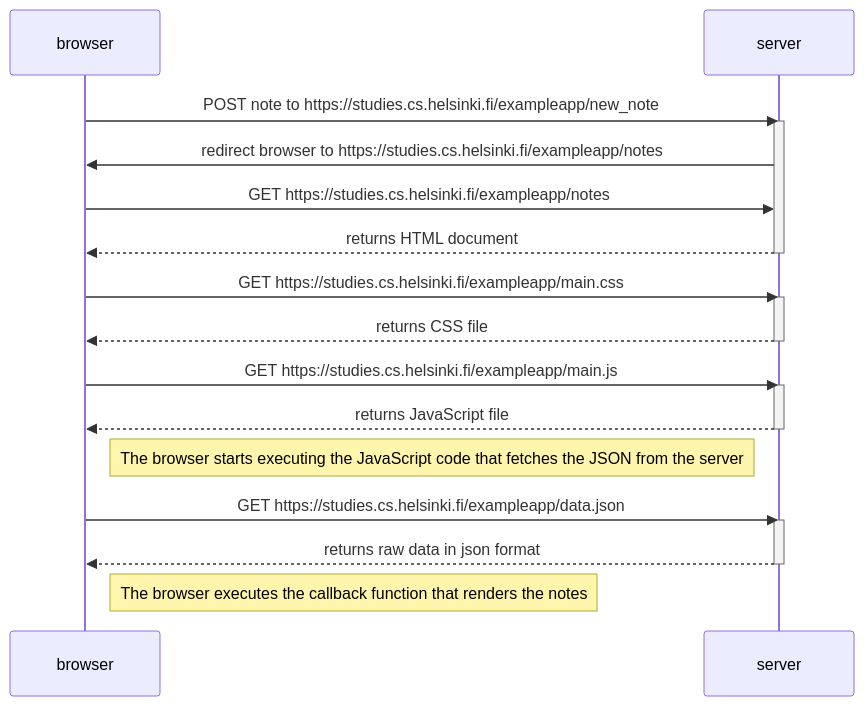
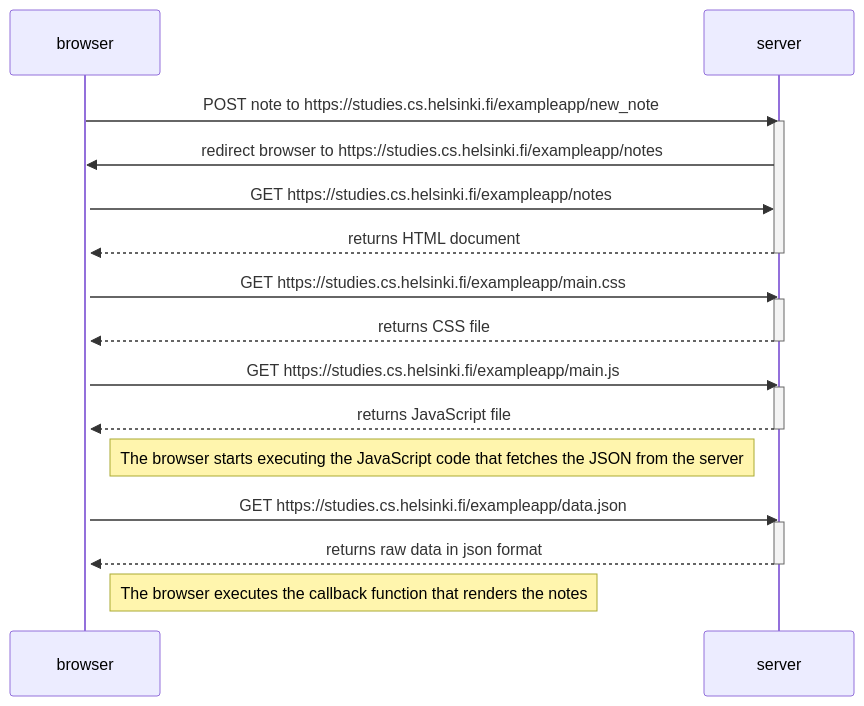
Before and after one commit to madman21345/fso-part0: the diagram in README.md, drawn with Mermaid.

````diff
--- a/README.md
+++ b/README.md
@@ -3,32 +3,33 @@
 ```mermaid
 sequenceDiagram;
     participant browser;
     participant server;
 
     browser->>server: POST note to https://studies.cs.helsinki.fi/exampleapp/new_note;
     activate server;
     server->>browser: redirect browser to https://studies.cs.helsinki.fi/exampleapp/notes;
+    activate browser;
 
     browser->>server: GET https://studies.cs.helsinki.fi/exampleapp/notes;
     server-->>browser: returns HTML document;
     deactivate server;
 
     browser->>server: GET https://studies.cs.helsinki.fi/exampleapp/main.css;
     activate server;
     server-->>browser: returns CSS file;
     deactivate server;
 
     browser->>server: GET https://studies.cs.helsinki.fi/exampleapp/main.js;
     activate server;
     server-->>browser: returns JavaScript file;
     deactivate server;
 
     Note right of browser: The browser starts executing the JavaScript code that fetches the JSON from the server;
 
     browser->>server: GET https://studies.cs.helsinki.fi/exampleapp/data.json;
     activate server;
     server-->>browser: returns raw data in json format;
     deactivate server;
 
     Note right of browser: The browser executes the callback function that renders the notes;
 ```
````
